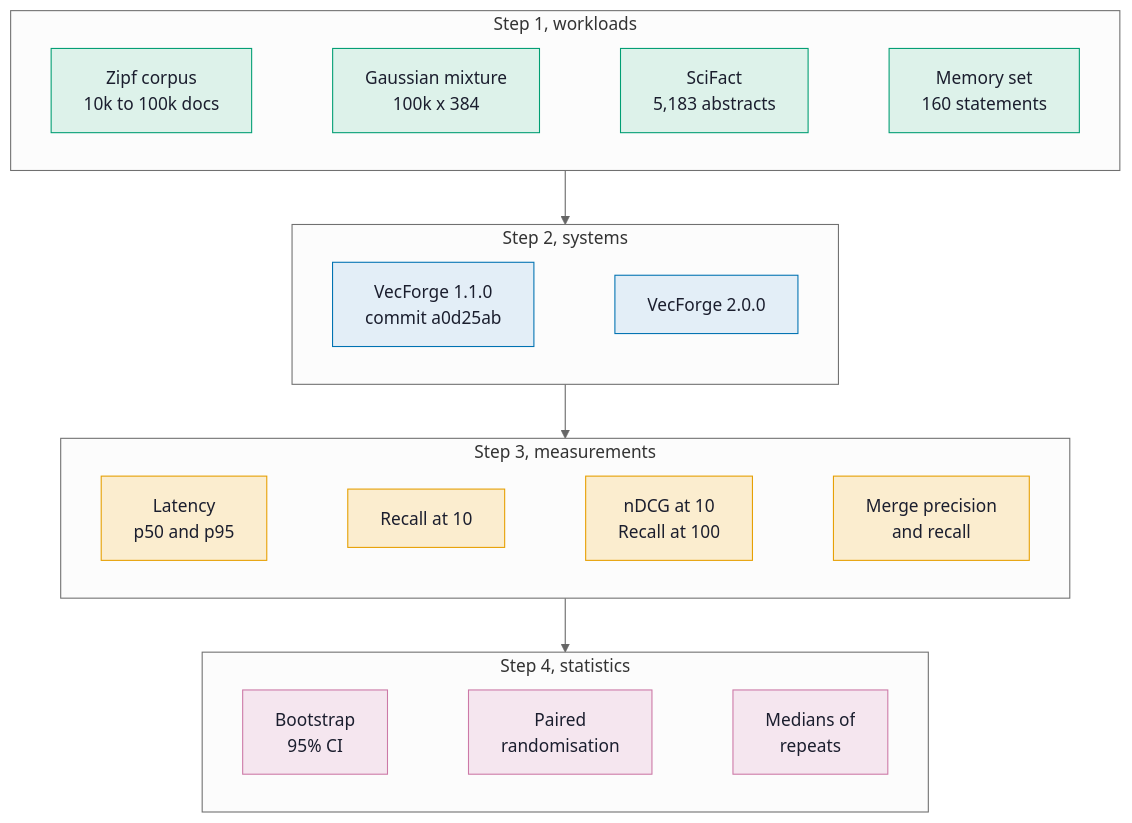
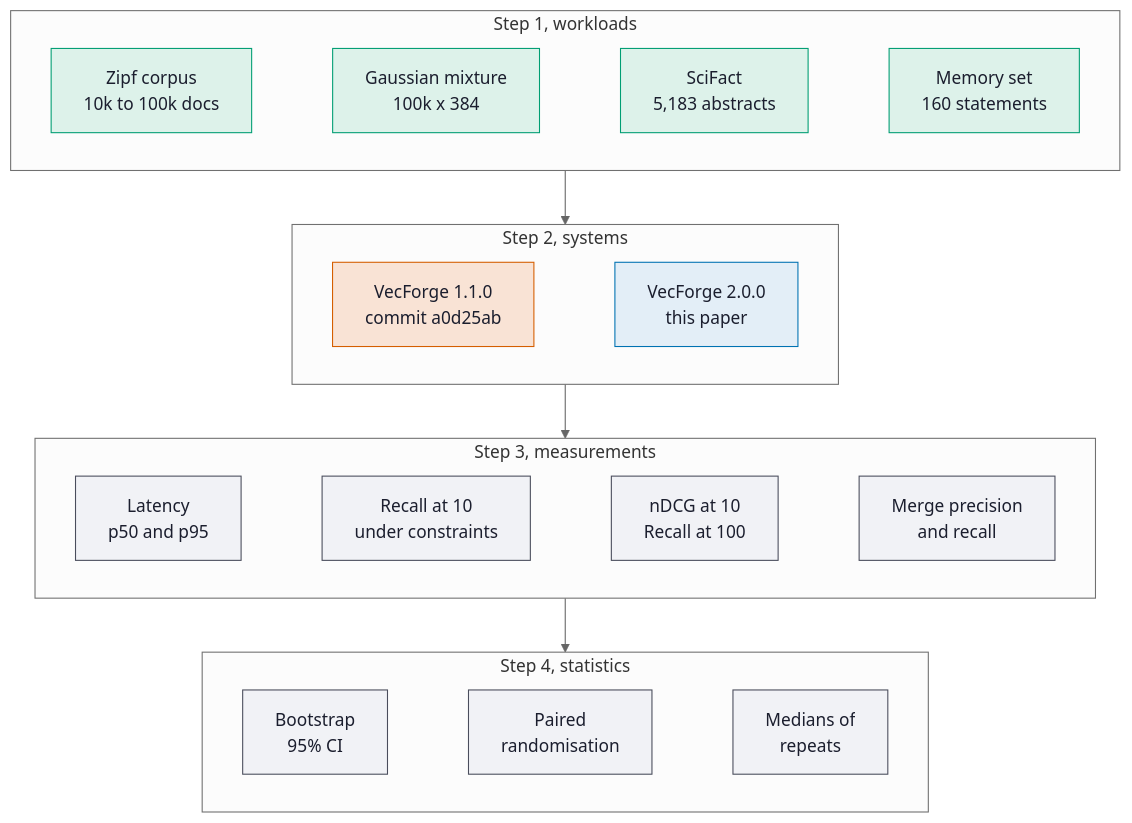
Before and after one commit to bosekarmegam/vecforge: the diagram in paper/figures/src/fig-methodology.mmd, drawn with Mermaid (neutral theme). The commit also changed 48 other files, not shown here.

```diff
--- a/paper/figures/src/fig-methodology.mmd
+++ b/paper/figures/src/fig-methodology.mmd
@@ -1,27 +1,27 @@
 flowchart TB
     %% node roles, colours from palette.json (diagram section)
     classDef data fill:#DDF2EA,stroke:#009E73,color:#1B1E2E
     classDef process fill:#E3EEF7,stroke:#0072B2,color:#1B1E2E
-    classDef memory fill:#F5E6EF,stroke:#CC79A7,color:#1B1E2E
-    classDef measure fill:#FBEDCF,stroke:#E69F00,color:#1B1E2E
+    classDef baseline fill:#F9E3D5,stroke:#D55E00,color:#1B1E2E
+    classDef neutral fill:#F1F2F6,stroke:#4A4D5C,color:#1B1E2E
     subgraph W [Step 1, workloads]
         direction LR
         W1[Zipf corpus<br/>10k to 100k docs] ~~~ W2[Gaussian mixture<br/>100k x 384] ~~~ W3[SciFact<br/>5,183 abstracts] ~~~ W4[Memory set<br/>160 statements]
     end
     subgraph S [Step 2, systems]
         direction LR
-        S1[VecForge 1.1.0<br/>commit a0d25ab] ~~~ S2[VecForge 2.0.0]
+        S1[VecForge 1.1.0<br/>commit a0d25ab] ~~~ S2[VecForge 2.0.0<br/>this paper]
     end
     subgraph M [Step 3, measurements]
         direction LR
-        M1[Latency<br/>p50 and p95] ~~~ M2[Recall at 10] ~~~ M3[nDCG at 10<br/>Recall at 100] ~~~ M4[Merge precision<br/>and recall]
+        M1[Latency<br/>p50 and p95] ~~~ M2[Recall at 10<br/>under constraints] ~~~ M3[nDCG at 10<br/>Recall at 100] ~~~ M4[Merge precision<br/>and recall]
     end
     subgraph T [Step 4, statistics]
         direction LR
         T1[Bootstrap<br/>95% CI] ~~~ T2[Paired<br/>randomisation] ~~~ T3[Medians of<br/>repeats]
     end
     W --> S --> M --> T
     class W1,W2,W3,W4 data
-    class S1,S2 process
-    class M1,M2,M3,M4 measure
-    class T1,T2,T3 memory
+    class S1 baseline
+    class S2 process
+    class M1,M2,M3,M4,T1,T2,T3 neutral
```
